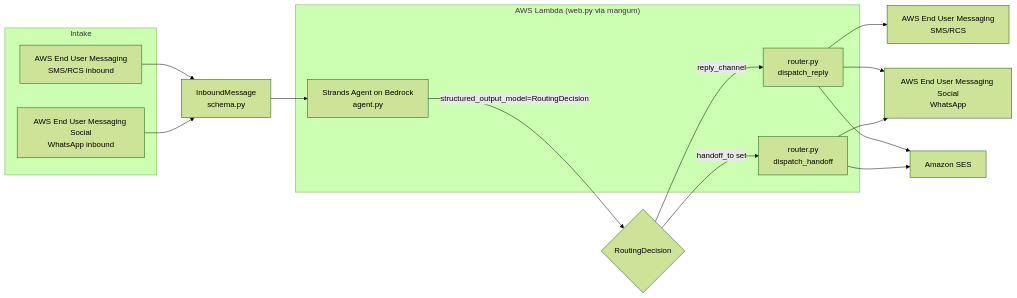
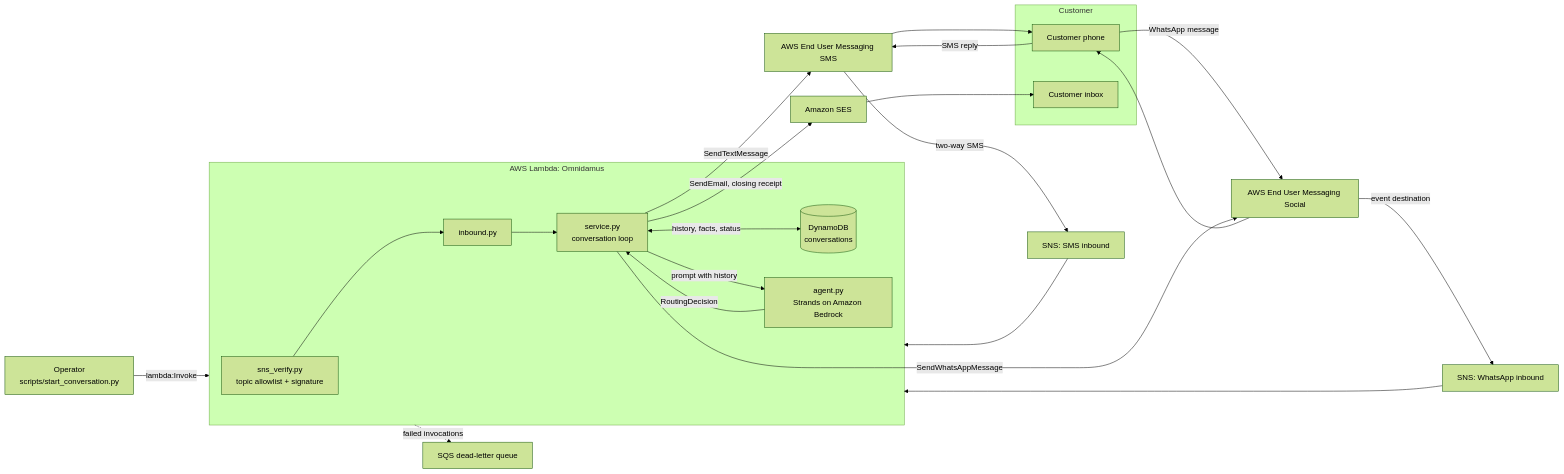
Before and after one commit to axxess-triaxis/Omnidamus: the diagram in docs/ARCHITECTURE.md, drawn with Mermaid (forest theme). The commit also changed other lines of this file and 20 other files, not shown here.

First line of the commit message:
feat: conversation memory, SES receipts, SNS signature checks, SAM stack

````diff
--- a/docs/ARCHITECTURE.md
+++ b/docs/ARCHITECTURE.md
@@ -9,29 +9,32 @@
 ```mermaid
 flowchart LR
-    subgraph Intake
-        SMS_IN[AWS End User Messaging\nSMS/RCS inbound]
-        WA_IN[AWS End User Messaging Social\nWhatsApp inbound]
+    OP[Operator<br/>scripts/start_conversation.py] -->|lambda:Invoke| FN
+
+    subgraph Customer
+        PHONE[Customer phone]
+        INBOX[Customer inbox]
     end
 
-    SMS_IN --> NORM[InboundMessage\nschema.py]
-    WA_IN --> NORM
+    PHONE -->|SMS reply| EUMSMS[AWS End User Messaging SMS]
+    PHONE -->|WhatsApp message| EUMS[AWS End User Messaging Social]
+    EUMSMS -->|two-way SMS| T1[SNS: SMS inbound]
+    EUMS -->|event destination| T2[SNS: WhatsApp inbound]
+    T1 --> FN
+    T2 --> FN
 
-    NORM --> AGENT[Strands Agent on Bedrock\nagent.py]
-    AGENT -->|structured_output_model=RoutingDecision| DECISION{RoutingDecision}
+    subgraph FN[AWS Lambda: Omnidamus]
+        VERIFY[sns_verify.py<br/>topic allowlist + signature] --> PARSE[inbound.py]
+        PARSE --> LOOP[service.py<br/>conversation loop]
+        LOOP <-->|history, facts, status| DDB[(DynamoDB<br/>conversations)]
+        LOOP -->|prompt with history| AGENT[agent.py<br/>Strands on Amazon Bedrock]
+        AGENT -->|RoutingDecision| LOOP
+    end
 
-    DECISION -->|reply_channel| ROUTER[router.py\ndispatch_reply]
-    DECISION -->|handoff_to set| HANDOFF[router.py\ndispatch_handoff]
-
-    ROUTER --> SMS_OUT[AWS End User Messaging\nSMS/RCS]
-    ROUTER --> WA_OUT[AWS End User Messaging Social\nWhatsApp]
-    ROUTER --> SES_OUT[Amazon SES]
-
-    HANDOFF --> WA_OUT
-    HANDOFF --> SES_OUT
-
-    subgraph Deploy["AWS Lambda (web.py via mangum)"]
-        AGENT
-        ROUTER
-        HANDOFF
-    end
+    LOOP -->|SendTextMessage| EUMSMS
+    LOOP -->|SendWhatsAppMessage| EUMS
+    LOOP -->|SendEmail, closing receipt| SES[Amazon SES]
+    EUMSMS --> PHONE
+    EUMS --> PHONE
+    SES --> INBOX
+    FN -. failed invocations .-> DLQ[SQS dead-letter queue]
 ```
````
